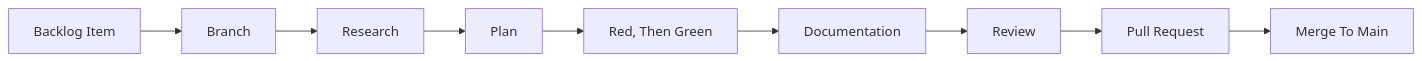
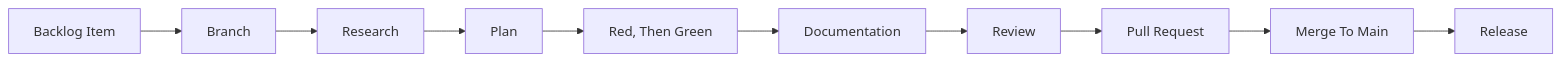
The diagram in .documentation/impl/ai-harness.md (Cynthion/aicon-studio), drawn with Mermaid before and after one commit. The commit also changed other lines of this file and 39 other files, not shown here.

````diff
--- a/.documentation/impl/ai-harness.md
+++ b/.documentation/impl/ai-harness.md
@@ -94,11 +96,12 @@
 ```mermaid
 flowchart LR
   Backlog[Backlog Item] --> Branch[Branch]
   Branch --> Research[Research]
   Research --> Plan[Plan]
   Plan --> Develop[Red, Then Green]
   Develop --> Docs[Documentation]
   Docs --> Review[Review]
   Review --> PR[Pull Request]
   PR --> Main[Merge To Main]
+  Main --> Release[Release]
 ```
````
